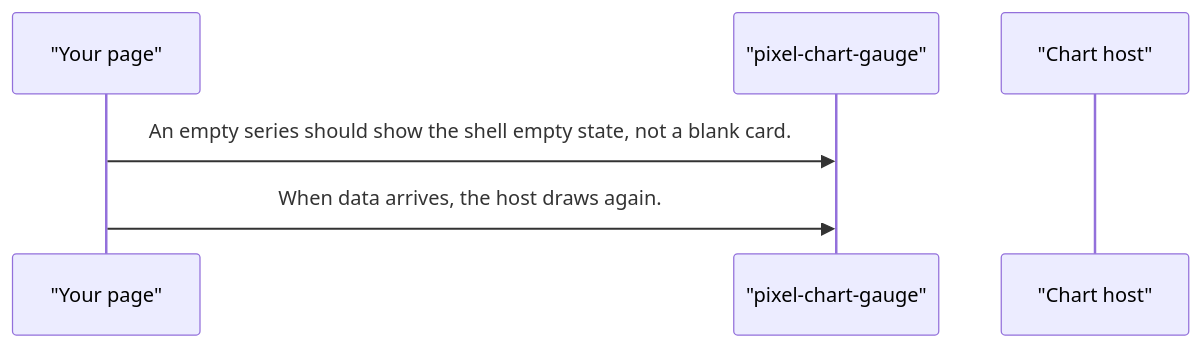
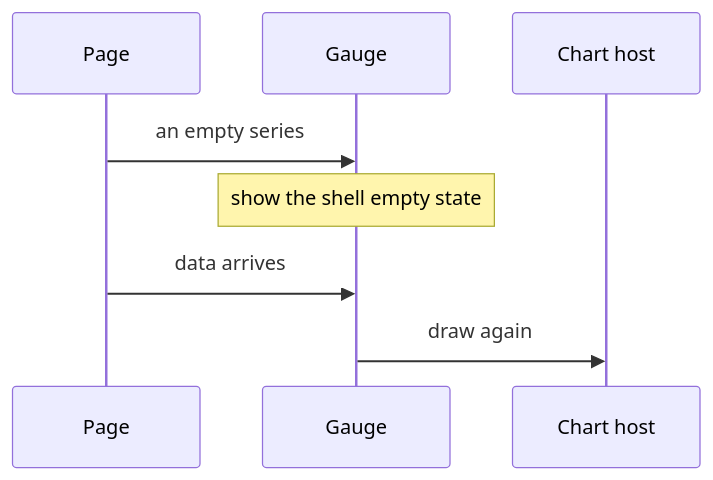
The third of 5 diagrams in projects/pixel-ui/src/lib/pixel-chart-gauge/DESIGN.md (RajshekharBorate/pixel-ui), drawn with Mermaid before and after one commit. The commit also changed other lines of this file and 73 other files, not shown here.

Commit message:
Explain who owns each value and what each flow does in every component and service design.

````diff
--- a/projects/pixel-ui/src/lib/pixel-chart-gauge/DESIGN.md
+++ b/projects/pixel-ui/src/lib/pixel-chart-gauge/DESIGN.md
@@ -68,8 +89,10 @@
 ```mermaid
 sequenceDiagram
-  participant page as "Your page"
-  participant plot as "pixel-chart-gauge"
-  participant host as "Chart host"
-  page->>plot: An empty series should show the shell empty state, not a blank card.
-  page->>plot: When data arrives, the host draws again.
+  participant Page
+  participant Plot as Gauge
+  participant Host as Chart host
+  Page->>Plot: an empty series
+  Note over Plot: show the shell empty state
+  Page->>Plot: data arrives
+  Plot->>Host: draw again
 ```
````
